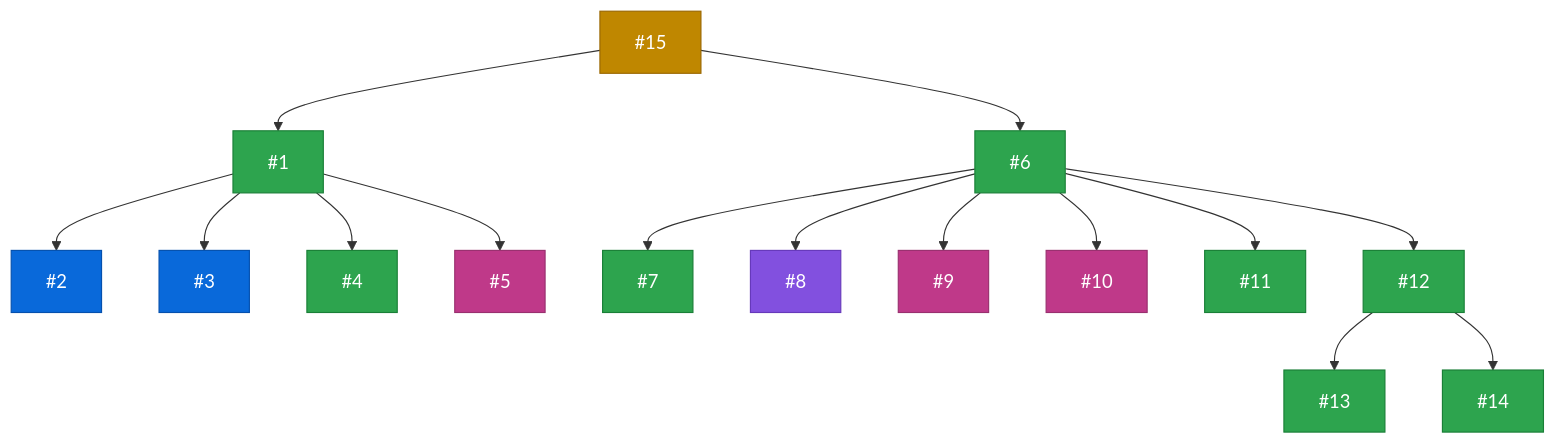
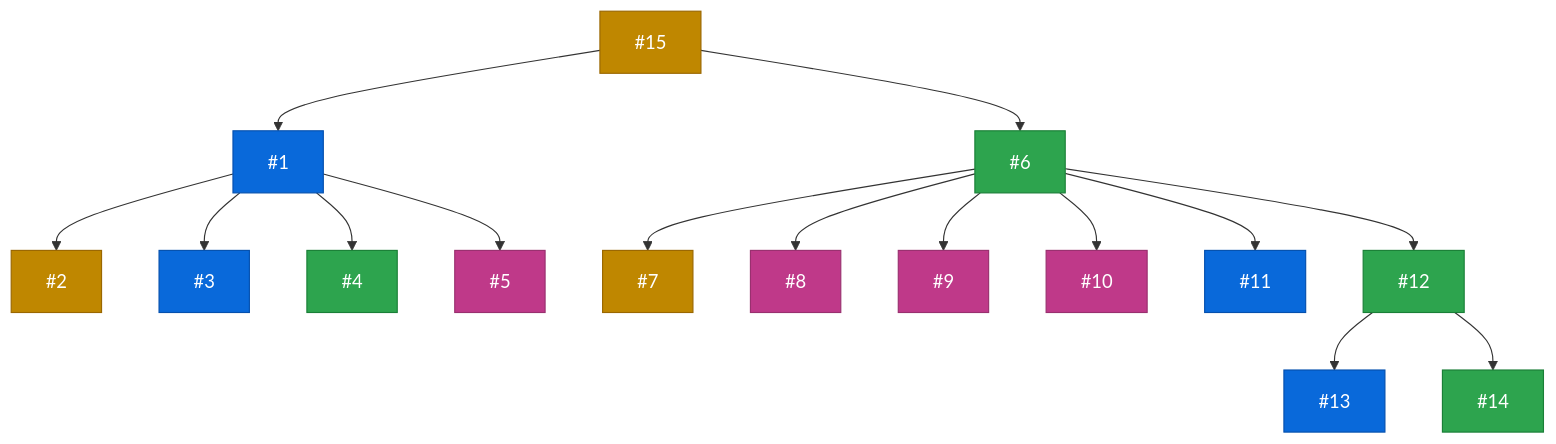
The fourth of 9 diagrams in README.md (zappfish/zapp-requirements-tracker), drawn with Mermaid before and after one commit. The commit also changed other lines of this file, not shown here.

Commit message:
Update WBS diagram colors to match project board statuses (#116)

````diff
--- a/README.md
+++ b/README.md
@@ -185,49 +185,49 @@
 ```mermaid
 graph TD
     R2["#15"]:::inprogress
 
-    R2A["#1"]:::backlog
+    R2A["#1"]:::upnext
     R2B["#6"]:::backlog
     R2 --> R2A & R2B
 
-    R2A1["#2"]:::upnext
+    R2A1["#2"]:::inprogress
     R2A2["#3"]:::upnext
     R2A3["#4"]:::backlog
     R2A4["#5"]:::stable
     R2A --> R2A1 & R2A2 & R2A3 & R2A4
 
-    R2B1["#7"]:::backlog
-    R2B2["#8"]:::inreview
+    R2B1["#7"]:::inprogress
+    R2B2["#8"]:::stable
     R2B3["#9"]:::stable
     R2B4["#10"]:::stable
-    R2B5["#11"]:::backlog
+    R2B5["#11"]:::upnext
     R2B6["#12"]:::backlog
     R2B --> R2B1 & R2B2 & R2B3 & R2B4 & R2B5 & R2B6
 
-    R2B6A["#13"]:::backlog
+    R2B6A["#13"]:::upnext
     R2B6B["#14"]:::backlog
     R2B6 --> R2B6A & R2B6B
 
     click R2 href "https://github.com/zappfish/zapp-requirements-tracker/issues/15" _blank
     click R2A href "https://github.com/zappfish/zapp-requirements-tracker/issues/1" _blank
     click R2B href "https://github.com/zappfish/zapp-requirements-tracker/issues/6" _blank
     click R2A1 href "https://github.com/zappfish/zapp-requirements-tracker/issues/2" _blank
     click R2A2 href "https://github.com/zappfish/zapp-requirements-tracker/issues/3" _blank
     click R2A3 href "https://github.com/zappfish/zapp-requirements-tracker/issues/4" _blank
     click R2A4 href "https://github.com/zappfish/zapp-requirements-tracker/issues/5" _blank
     click R2B1 href "https://github.com/zappfish/zapp-requirements-tracker/issues/7" _blank
     click R2B2 href "https://github.com/zappfish/zapp-requirements-tracker/issues/8" _blank
     click R2B3 href "https://github.com/zappfish/zapp-requirements-tracker/issues/9" _blank
     click R2B4 href "https://github.com/zappfish/zapp-requirements-tracker/issues/10" _blank
     click R2B5 href "https://github.com/zappfish/zapp-requirements-tracker/issues/11" _blank
     click R2B6 href "https://github.com/zappfish/zapp-requirements-tracker/issues/12" _blank
     click R2B6A href "https://github.com/zappfish/zapp-requirements-tracker/issues/13" _blank
     click R2B6B href "https://github.com/zappfish/zapp-requirements-tracker/issues/14" _blank
 
     classDef backlog fill:#2da44e,stroke:#1a7f37,color:#fff
     classDef upnext fill:#0969da,stroke:#0550ae,color:#fff
     classDef inprogress fill:#bf8700,stroke:#9a6700,color:#fff
     classDef inreview fill:#8250df,stroke:#6639ba,color:#fff
     classDef stable fill:#bf3989,stroke:#99306f,color:#fff
     classDef done fill:#bc4c00,stroke:#953800,color:#fff
 ```
````
